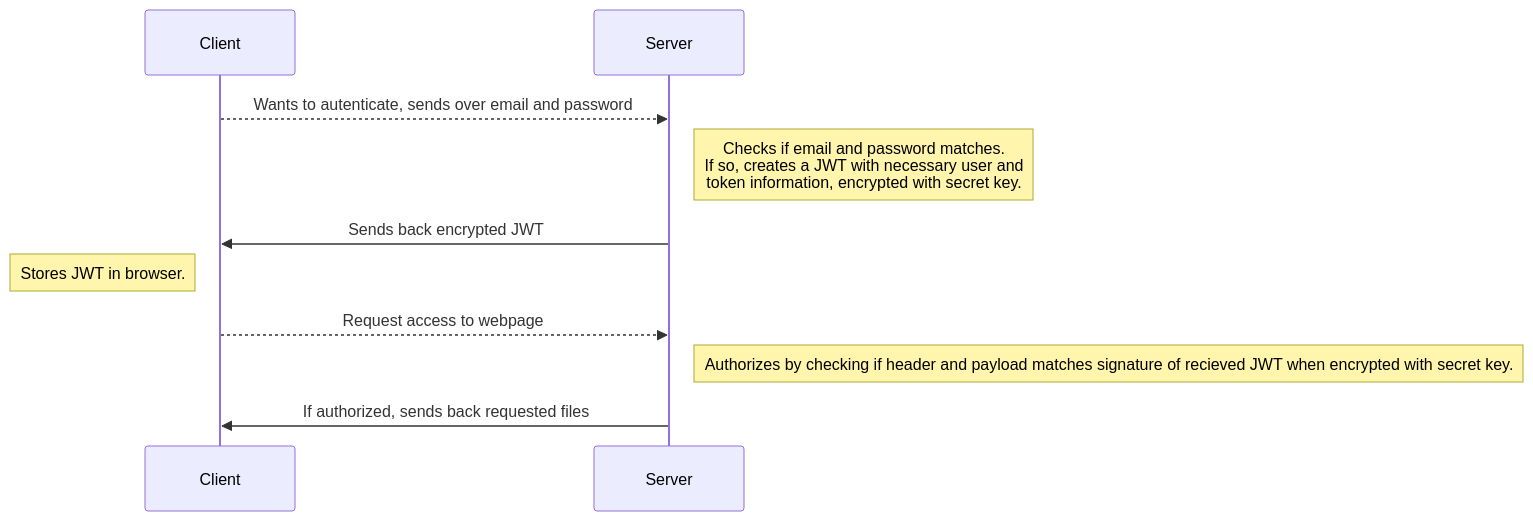
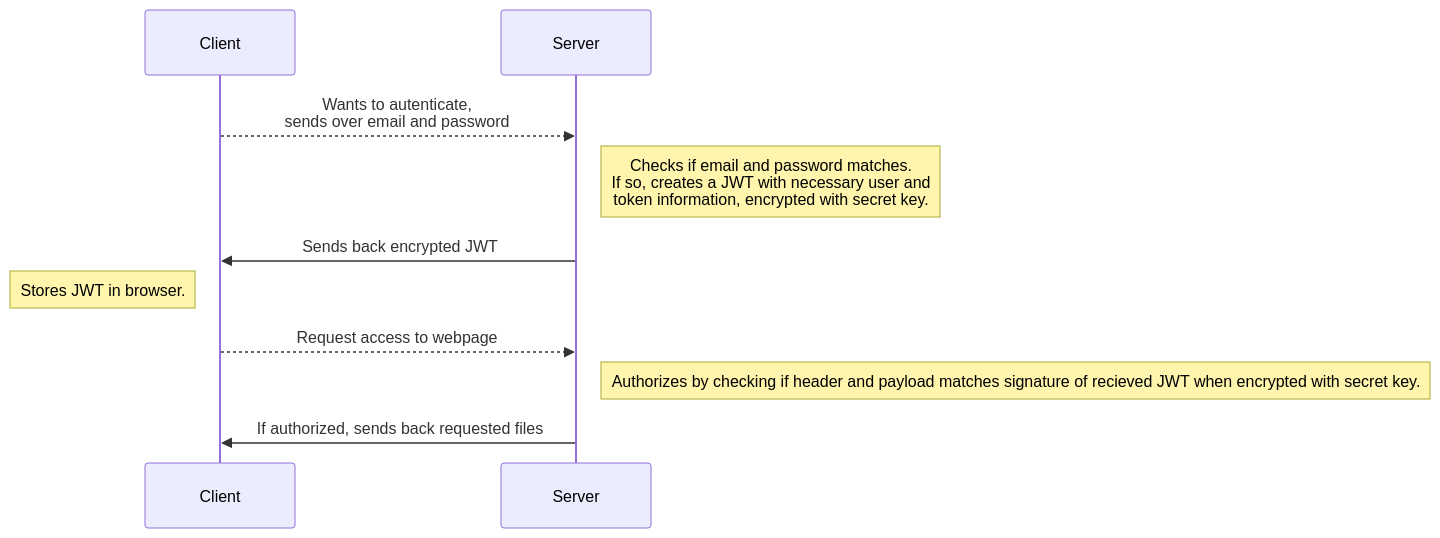
One commit to AnnaToll/user-stories changed the first of 4 diagrams in README.md. Above: the diagram before and after it, drawn with Mermaid.

Commit message:
Sequence diagram - line break test

````diff
--- a/README.md
+++ b/README.md
@@ -3,11 +3,11 @@
 ```mermaid
 sequenceDiagram
-	Client-->>Server: Wants to autenticate, sends over email and password
+	Client-->>Server: Wants to autenticate,<br>sends over email and password
 	Note right of Server: Checks if email and password matches.<br>If so, creates a JWT with necessary user and<br> token information, encrypted with secret key.
 	Server->>Client: Sends back encrypted JWT
 	Note left of Client: Stores JWT in browser.
 	Client-->>Server: Request access to webpage
 	Note right of Server: Authorizes by checking if header and payload matches signature of recieved JWT when encrypted with secret key.
 	Server->>Client: If authorized, sends back requested files
 	
 ```
````
